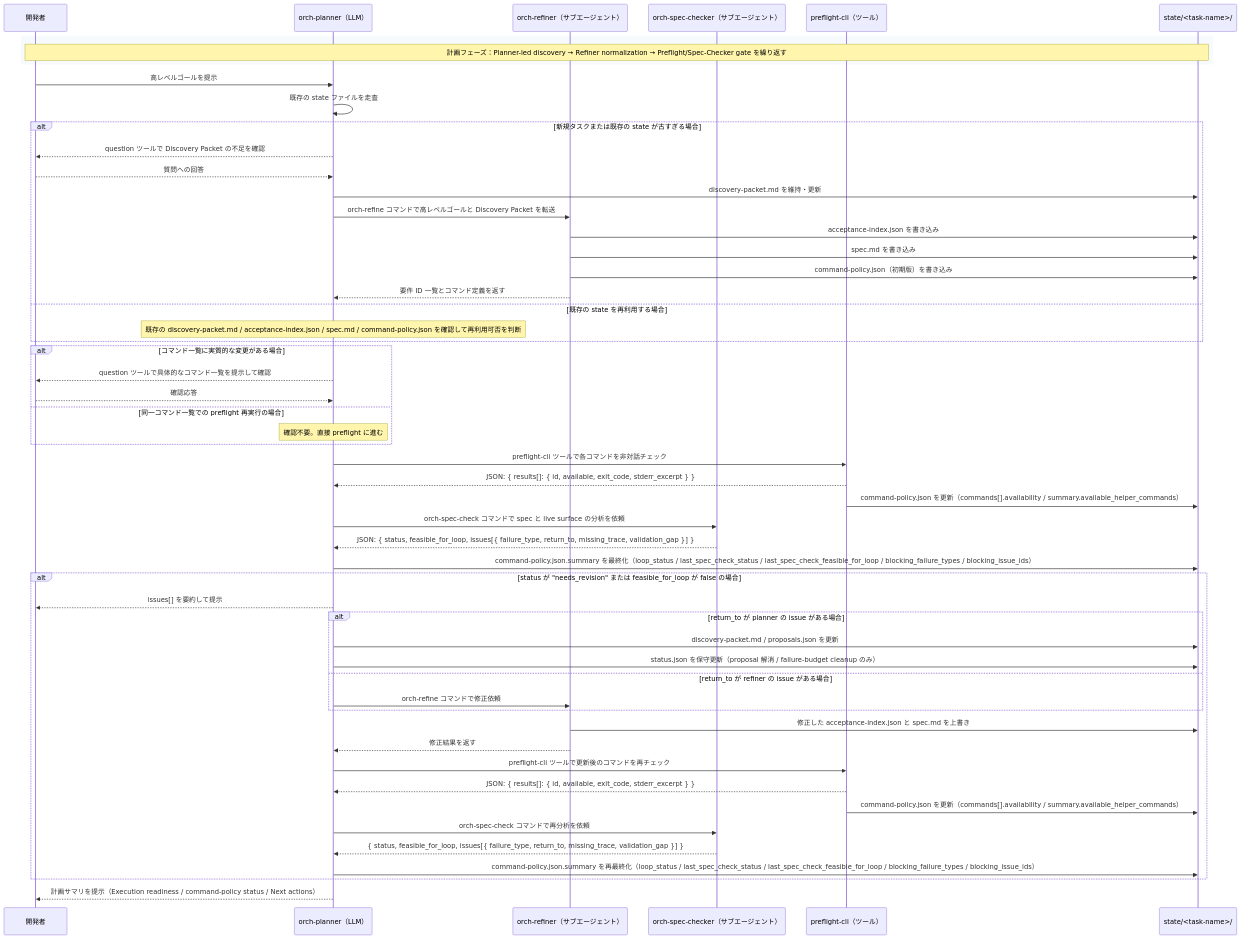
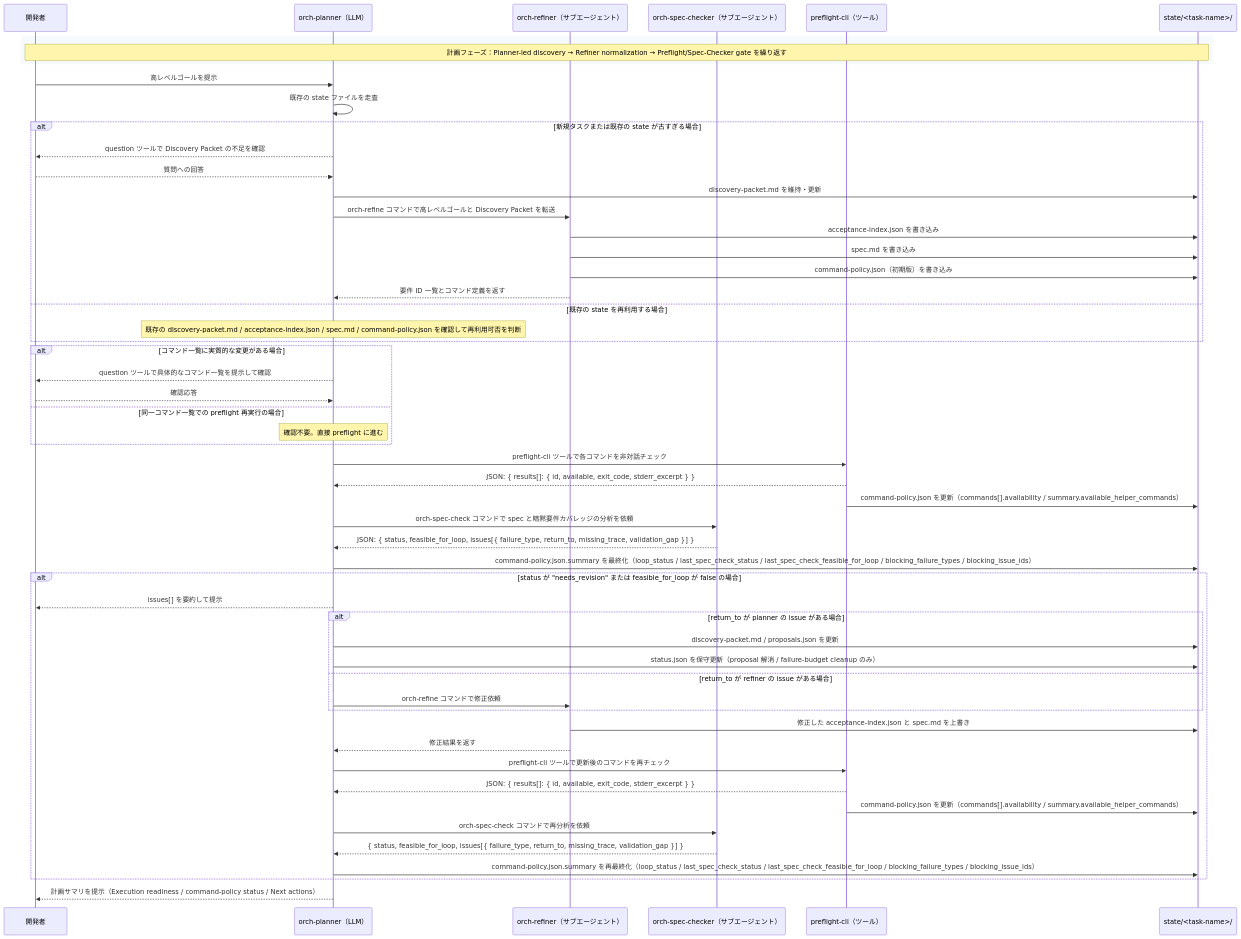
Before and after one commit to ZenkakuHiragana/opencode-orchestrator: the first of 2 diagrams in agent-roles.md, drawn with Mermaid. The commit also changed other lines of this file and 9 other files, not shown here.

````diff
--- a/agent-roles.md
+++ b/agent-roles.md
@@ -55,63 +55,63 @@
 ```mermaid
 sequenceDiagram
     participant Human as 開発者
     participant Planner as orch-planner（LLM）
     participant RefinerAgent as orch-refiner（サブエージェント）
     participant SpecCheckerAgent as orch-spec-checker（サブエージェント）
     participant PreflightTool as preflight-cli（ツール）
     participant StateDir as state/<task-name>/
 
     rect rgba(200, 220, 240, 0.15)
         Note over Human,StateDir: 計画フェーズ：Planner-led discovery → Refiner normalization → Preflight/Spec-Checker gate を繰り返す
     end
 
     Human->>Planner: 高レベルゴールを提示
     Planner->>Planner: 既存の state ファイルを走査
 
     alt 新規タスクまたは既存の state が古すぎる場合
         Planner-->>Human: question ツールで Discovery Packet の不足を確認
         Human-->>Planner: 質問への回答
         Planner->>StateDir: discovery-packet.md を維持・更新
         Planner->>RefinerAgent: orch-refine コマンドで高レベルゴールと Discovery Packet を転送
         RefinerAgent->>StateDir: acceptance-index.json を書き込み
         RefinerAgent->>StateDir: spec.md を書き込み
         RefinerAgent->>StateDir: command-policy.json（初期版）を書き込み
         RefinerAgent-->>Planner: 要件 ID 一覧とコマンド定義を返す
     else 既存の state を再利用する場合
         Note over Planner: 既存の discovery-packet.md / acceptance-index.json / spec.md / command-policy.json を確認して再利用可否を判断
     end
 
     alt コマンド一覧に実質的な変更がある場合
         Planner-->>Human: question ツールで具体的なコマンド一覧を提示して確認
         Human-->>Planner: 確認応答
     else 同一コマンド一覧での preflight 再実行の場合
         Note over Planner: 確認不要。直接 preflight に進む
     end
     Planner->>PreflightTool: preflight-cli ツールで各コマンドを非対話チェック
     PreflightTool-->>Planner: JSON: { results[]: { id, available, exit_code, stderr_excerpt } }
     PreflightTool->>StateDir: command-policy.json を更新（commands[].availability / summary.available_helper_commands）
 
-    Planner->>SpecCheckerAgent: orch-spec-check コマンドで spec と live surface の分析を依頼
+    Planner->>SpecCheckerAgent: orch-spec-check コマンドで spec と暗黙要件カバレッジの分析を依頼
     SpecCheckerAgent-->>Planner: JSON: { status, feasible_for_loop, issues[{ failure_type, return_to, missing_trace, validation_gap }] }
     Planner->>StateDir: command-policy.json.summary を最終化（loop_status / last_spec_check_status / last_spec_check_feasible_for_loop / blocking_failure_types / blocking_issue_ids）
 
     alt status が "needs_revision" または feasible_for_loop が false の場合
         Planner-->>Human: issues[] を要約して提示
         alt return_to が planner の issue がある場合
             Planner->>StateDir: discovery-packet.md / proposals.json を更新
             Planner->>StateDir: status.json を保守更新（proposal 解消 / failure-budget cleanup のみ）
         else return_to が refiner の issue がある場合
             Planner->>RefinerAgent: orch-refine コマンドで修正依頼
         end
         RefinerAgent->>StateDir: 修正した acceptance-index.json と spec.md を上書き
         RefinerAgent-->>Planner: 修正結果を返す
         Planner->>PreflightTool: preflight-cli ツールで更新後のコマンドを再チェック
         PreflightTool-->>Planner: JSON: { results[]: { id, available, exit_code, stderr_excerpt } }
         PreflightTool->>StateDir: command-policy.json を更新（commands[].availability / summary.available_helper_commands）
         Planner->>SpecCheckerAgent: orch-spec-check コマンドで再分析を依頼
         SpecCheckerAgent-->>Planner: { status, feasible_for_loop, issues[{ failure_type, return_to, missing_trace, validation_gap }] }
         Planner->>StateDir: command-policy.json.summary を再最終化（loop_status / last_spec_check_status / last_spec_check_feasible_for_loop / blocking_failure_types / blocking_issue_ids）
     end
 
     Planner-->>Human: 計画サマリを提示（Execution readiness / command-policy status / Next actions）
 ```
````
